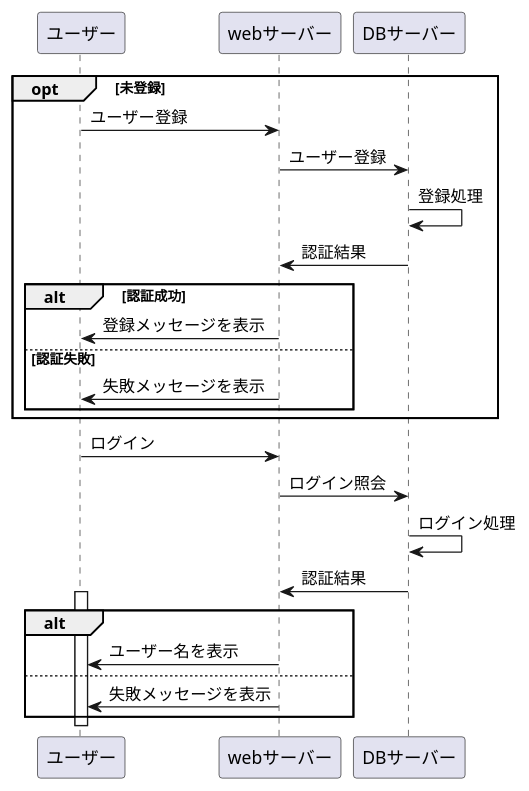
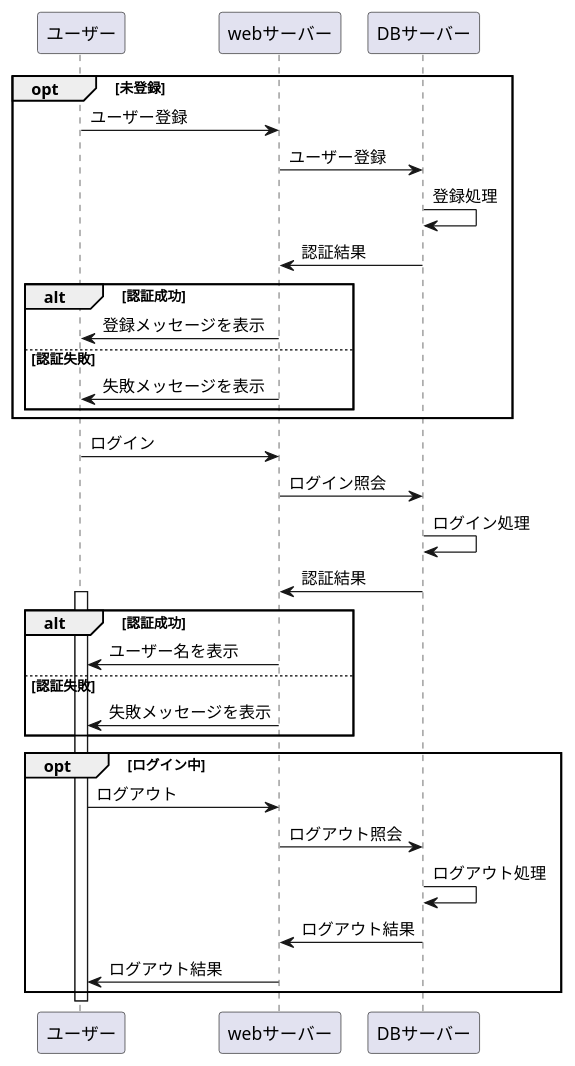
One commit to Aso2001192/2021sys-design changed the diagram in sampleflowchart.md. Above: the diagram before and after it, drawn with PlantUML.

````diff
--- a/sampleflowchart.md
+++ b/sampleflowchart.md
@@ -1,31 +1,39 @@
 ```uml
 @startuml
 opt 未登録
 ユーザー->webサーバー:ユーザー登録
 webサーバー->DBサーバー:ユーザー登録
 DBサーバー->DBサーバー:登録処理
 DBサーバー->webサーバー:認証結果
 
 alt 認証成功
 webサーバー->ユーザー:登録メッセージを表示
 else 認証失敗
 webサーバー->ユーザー:失敗メッセージを表示
 end
 
 end
 
 ユーザー->webサーバー:ログイン
 webサーバー->DBサーバー:ログイン照会
 DBサーバー->DBサーバー:ログイン処理
 DBサーバー->webサーバー:認証結果
 activate ユーザー
 
-alt
+alt 認証成功
 webサーバー->ユーザー:ユーザー名を表示
-else
+else 認証失敗
 webサーバー->ユーザー:失敗メッセージを表示
+end
+
+opt ログイン中
+ユーザー->webサーバー:ログアウト
+webサーバー->DBサーバー:ログアウト照会
+DBサーバー->DBサーバー:ログアウト処理
+DBサーバー->webサーバー:ログアウト結果
+webサーバー->ユーザー:ログアウト結果
 end
 
 deactivate ユーザー
 @enduml
 ```
````
